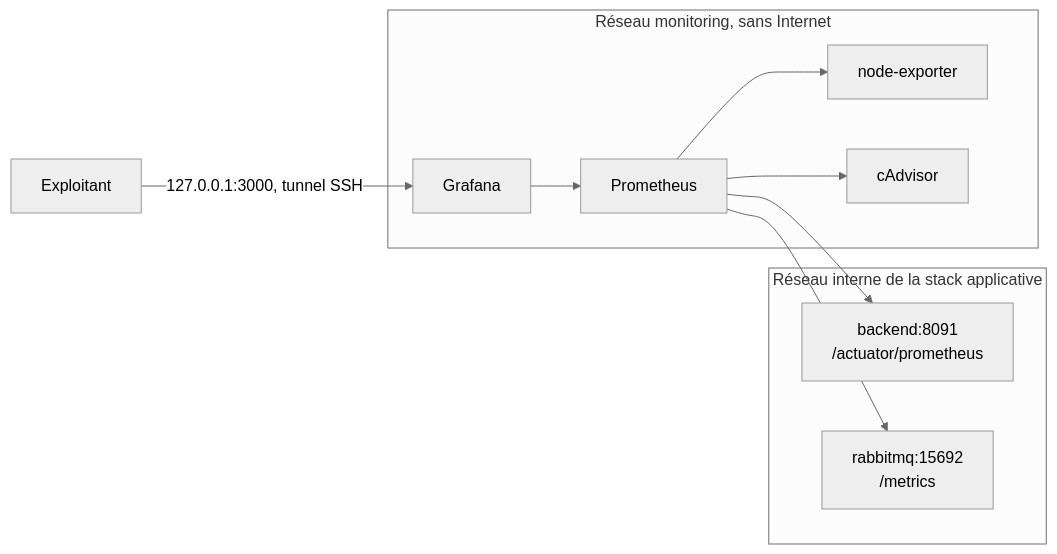
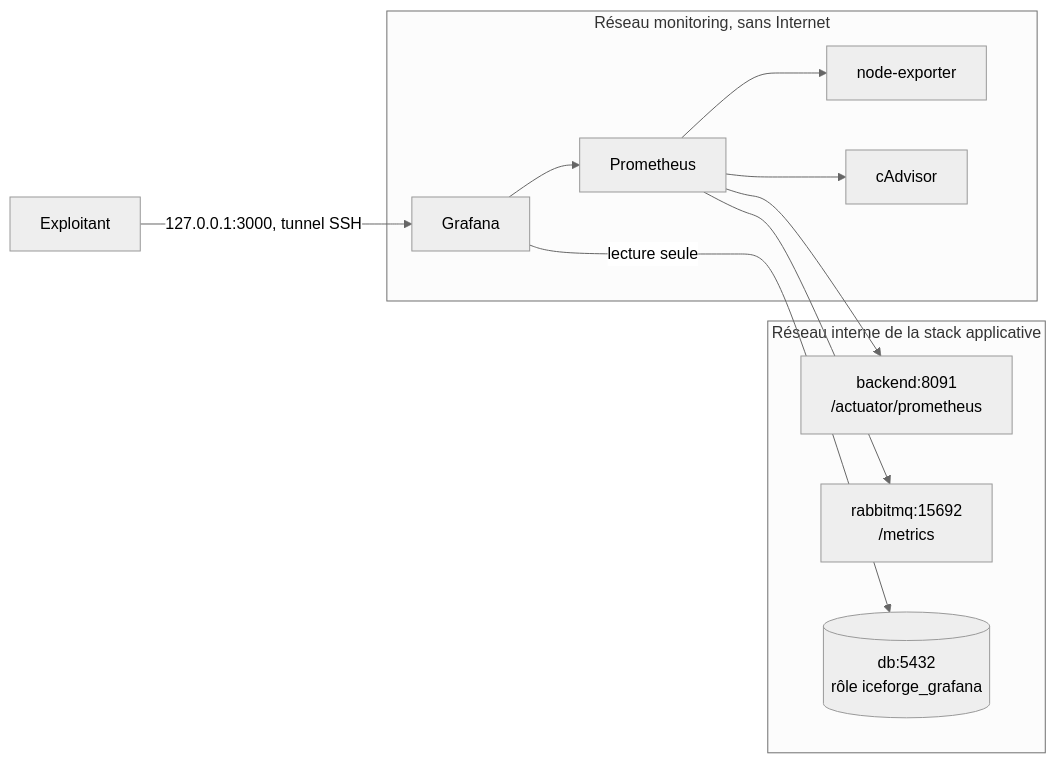
The diagram in ops/monitoring/README.md (Kralone/Icy), drawn with Mermaid (neutral theme) before and after one commit. The commit also changed other lines of this file and 14 other files, not shown here.

````diff
--- a/ops/monitoring/README.md
+++ b/ops/monitoring/README.md
@@ -5,19 +10,21 @@
 ```mermaid
 flowchart LR
     subgraph cible[Réseau interne de la stack applicative]
         Backend[backend:8091<br>/actuator/prometheus]
         Rabbit[rabbitmq:15692<br>/metrics]
+        DB[(db:5432<br>rôle iceforge_grafana)]
     end
     subgraph supervision[Réseau monitoring, sans Internet]
         Prom[Prometheus]
         Node[node-exporter]
         Cad[cAdvisor]
         Graf[Grafana]
     end
     Prom --> Backend
     Prom --> Rabbit
     Prom --> Node
     Prom --> Cad
     Graf --> Prom
+    Graf -->|lecture seule| DB
     Ops[Exploitant] -->|127.0.0.1:3000, tunnel SSH| Graf
 ```
````
